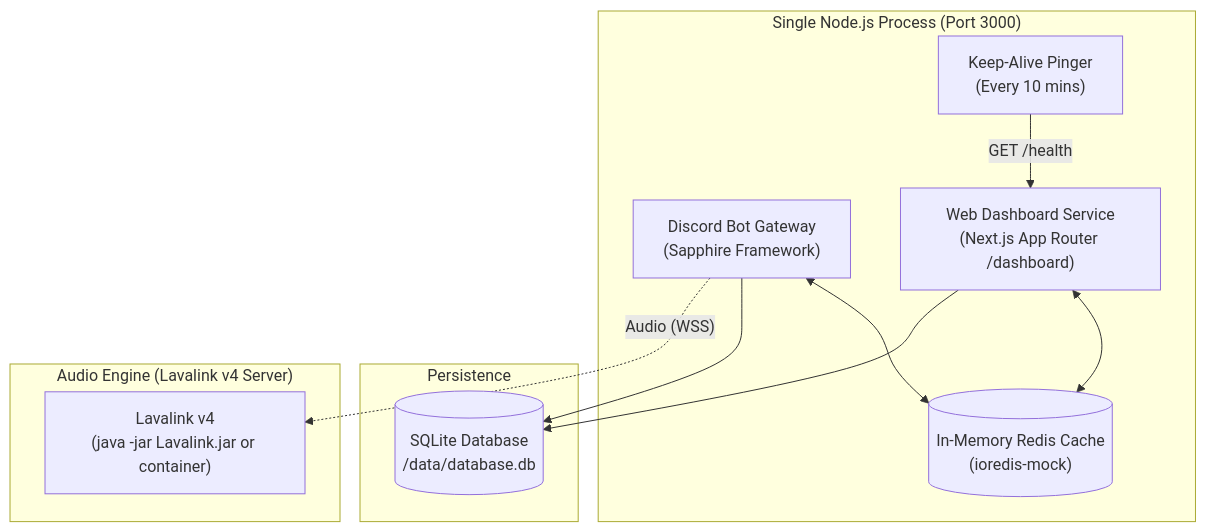
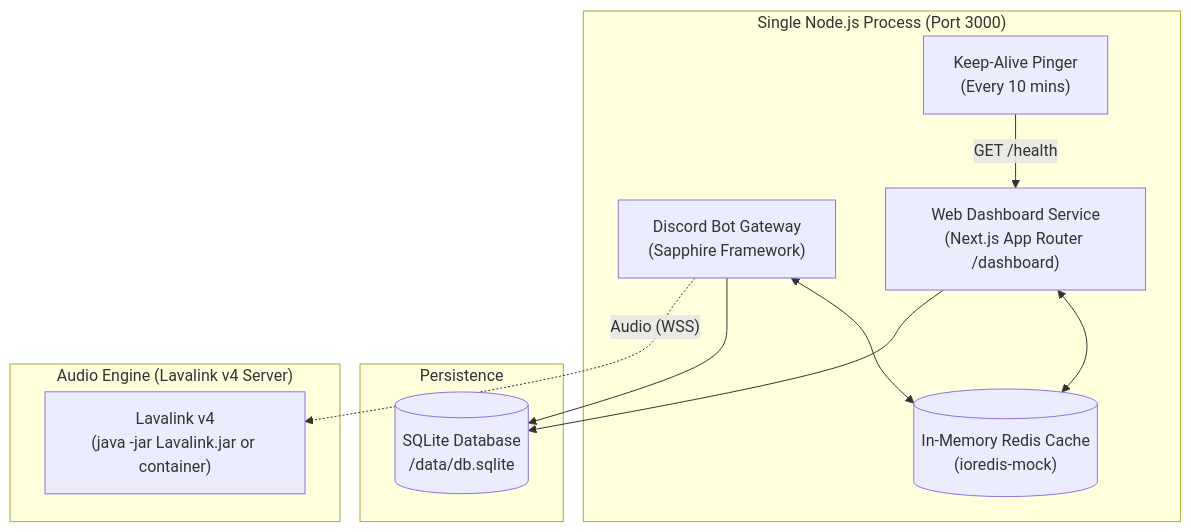
The diagram in wiki/Deployment.md (PhantomNimbi/Master-Bot), drawn with Mermaid before and after one commit. The commit also changed other lines of this file and 28 other files, not shown here.

````diff
--- a/wiki/Deployment.md
+++ b/wiki/Deployment.md
@@ -11,24 +11,24 @@
 ```mermaid
 flowchart TD
     subgraph SingleProcess ["Single Node.js Process (Port 3000)"]
         Bot["Discord Bot Gateway<br/>(Sapphire Framework)"]
         Dashboard["Web Dashboard Service<br/>(Next.js App Router /dashboard)"]
         Cache[("In-Memory Redis Cache<br/>(ioredis-mock)")]
         KeepAlive["Keep-Alive Pinger<br/>(Every 10 mins)"]
     end
 
     subgraph Storage ["Persistence"]
-        DB[("SQLite Database<br/>/data/database.db")]
+        DB[("SQLite Database<br/>/data/db.sqlite")]
     end
 
     subgraph AudioEngine ["Audio Engine (Lavalink v4 Server)"]
         Lavalink["Lavalink v4<br/>(java -jar Lavalink.jar or container)"]
     end
 
     Bot <--> Cache
     Dashboard <--> Cache
     Bot --> DB
     Dashboard --> DB
     Bot -.->|"Audio (WSS)"| Lavalink
     KeepAlive -->|"GET /health"| Dashboard
 ```
````
